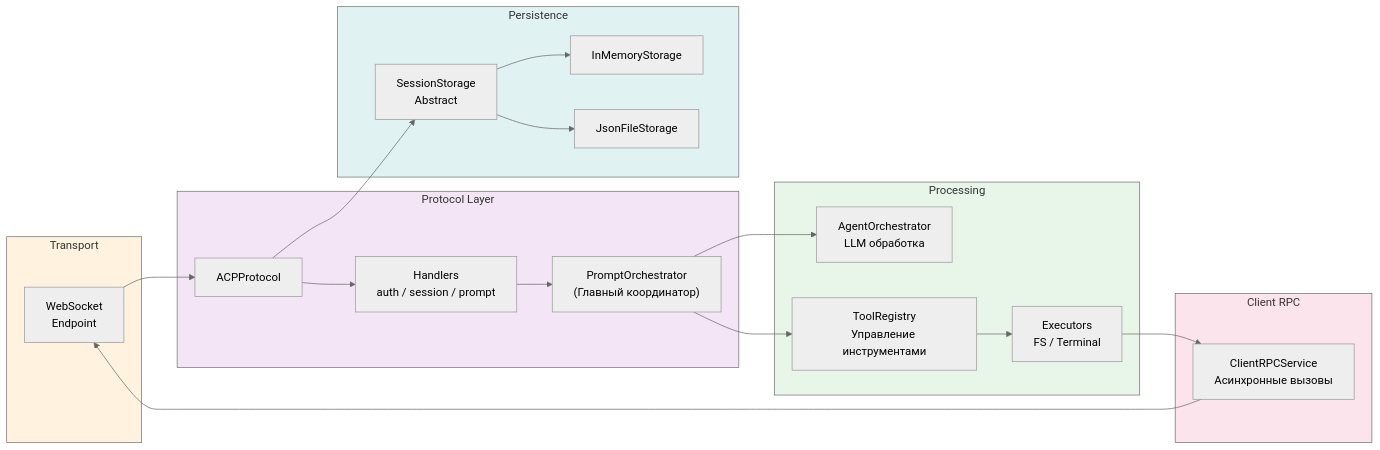
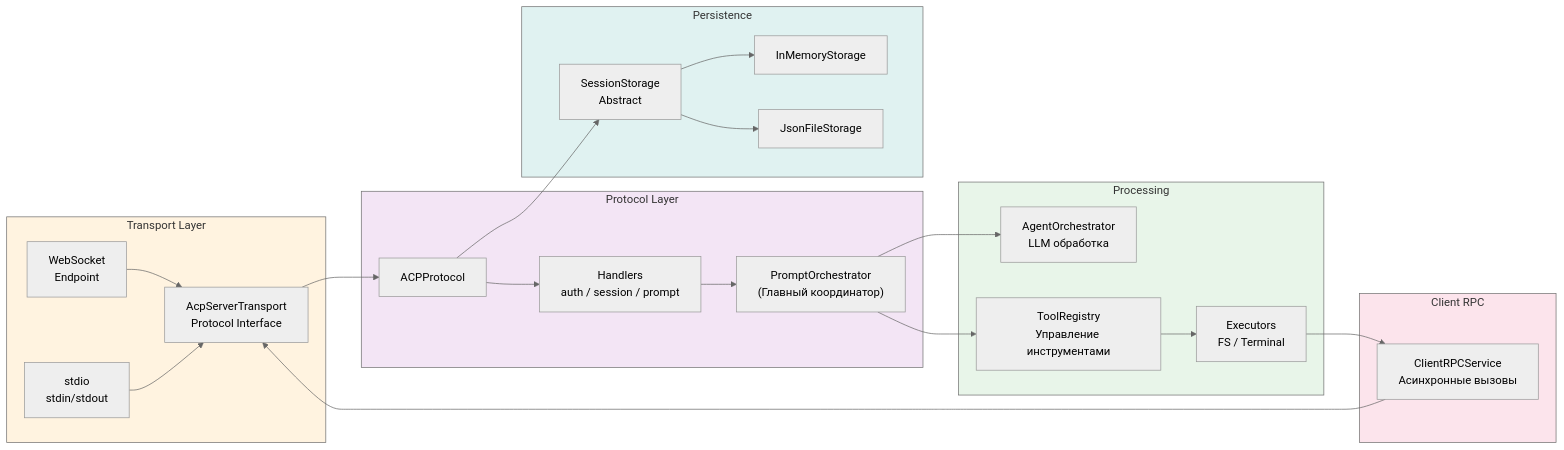
Before and after one commit to pese-git/codelab-ai: the second of 13 diagrams in ARCHITECTURE.md, drawn with Mermaid (neutral theme). The commit also changed other lines of this file and 29 other files, not shown here.

First line of the commit message:
feat: реализовать stdio транспорт для ACP протокола

````diff
--- a/ARCHITECTURE.md
+++ b/ARCHITECTURE.md
@@ -93,47 +101,51 @@
 ```mermaid
 graph LR
-    subgraph Transport["Transport"]
+    subgraph Transport["Transport Layer"]
         WS["WebSocket<br/>Endpoint"]
+        STDIO["stdio<br/>stdin/stdout"]
+        Base["AcpServerTransport<br/>Protocol Interface"]
     end
     
     subgraph Protocol["Protocol Layer"]
         Core["ACPProtocol"]
         Handlers["Handlers<br/>auth / session / prompt"]
         PromptOrch["PromptOrchestrator<br/>(Главный координатор)"]
     end
     
     subgraph Processing["Processing"]
         Agent["AgentOrchestrator<br/>LLM обработка"]
         ToolReg["ToolRegistry<br/>Управление инструментами"]
         Executors["Executors<br/>FS / Terminal"]
     end
     
     subgraph Persistence["Persistence"]
         SessionStore["SessionStorage<br/>Abstract"]
         InMem["InMemoryStorage"]
         JsonFile["JsonFileStorage"]
     end
     
     subgraph RPC["Client RPC"]
         ClientRPCService["ClientRPCService<br/>Асинхронные вызовы"]
     end
     
-    WS --> Core
+    WS --> Base
+    STDIO --> Base
+    Base --> Core
     Core --> Handlers
     Handlers --> PromptOrch
     PromptOrch --> Agent
     PromptOrch --> ToolReg
     ToolReg --> Executors
     Executors --> ClientRPCService
-    ClientRPCService --> WS
+    ClientRPCService --> Base
     
     Core --> SessionStore
     SessionStore --> InMem
     SessionStore --> JsonFile
     
     style Transport fill:#fff3e0
     style Protocol fill:#f3e5f5
     style Processing fill:#e8f5e9
     style Persistence fill:#e0f2f1
     style RPC fill:#fce4ec
 ```
````
